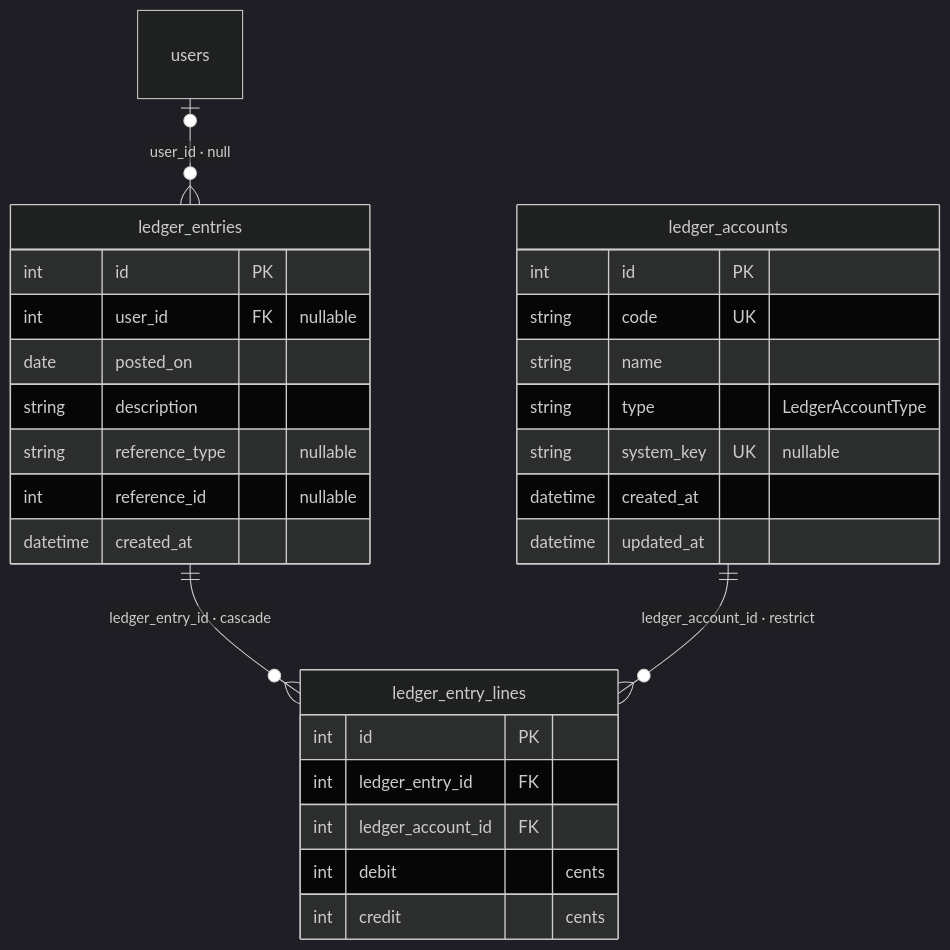
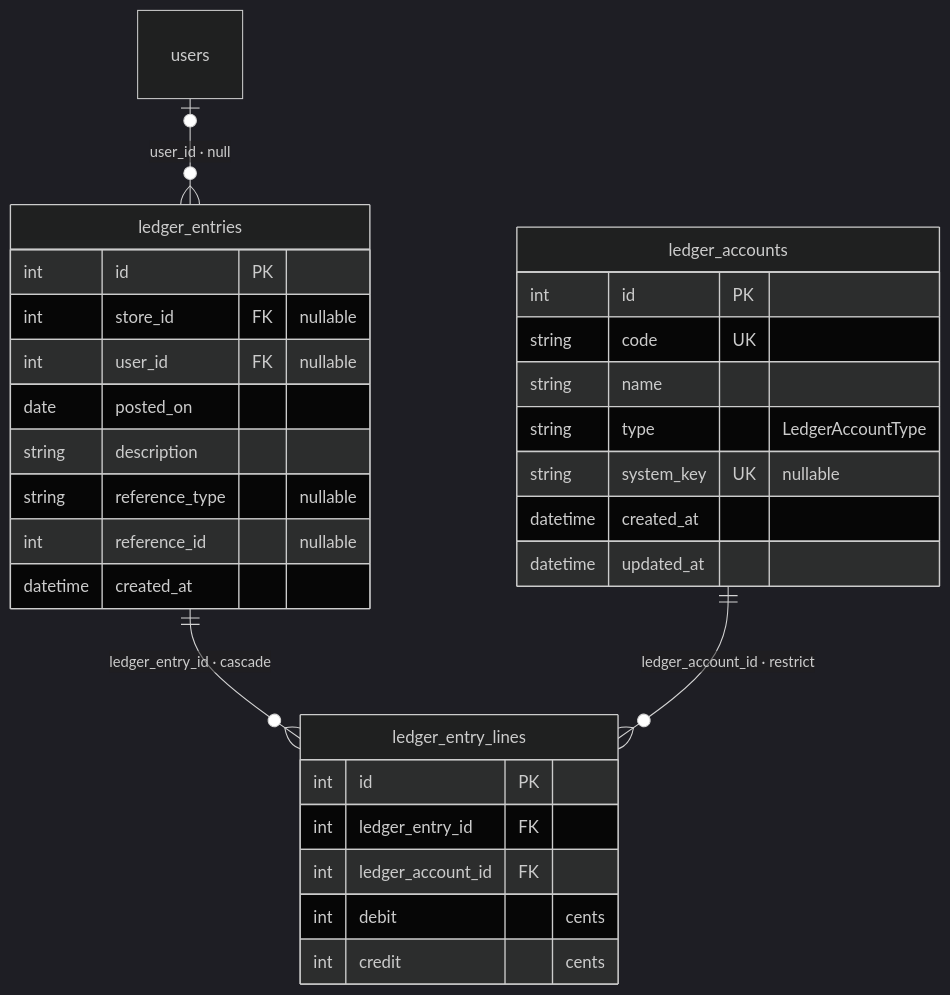
Before and after one commit to sebastienmarley/dkorpos: the sixth of 10 diagrams in dkor/docs/data-model.md, drawn with Mermaid (dark theme). The commit also changed other lines of this file and 57 other files, not shown here.

````diff
--- a/dkor/docs/data-model.md
+++ b/dkor/docs/data-model.md
@@ -861,31 +873,32 @@
 ```mermaid
 erDiagram
     ledger_entries ||--o{ ledger_entry_lines : "ledger_entry_id · cascade"
     ledger_accounts ||--o{ ledger_entry_lines : "ledger_account_id · restrict"
     users |o--o{ ledger_entries : "user_id · null"
     ledger_accounts {
         int id PK
         string code UK
         string name
         string type "LedgerAccountType"
         string system_key UK "nullable"
         datetime created_at
         datetime updated_at
     }
     ledger_entries {
         int id PK
+        int store_id FK "nullable"
         int user_id FK "nullable"
         date posted_on
         string description
         string reference_type "nullable"
         int reference_id "nullable"
         datetime created_at
     }
     ledger_entry_lines {
         int id PK
         int ledger_entry_id FK
         int ledger_account_id FK
         int debit "cents"
         int credit "cents"
     }
 ```
````
